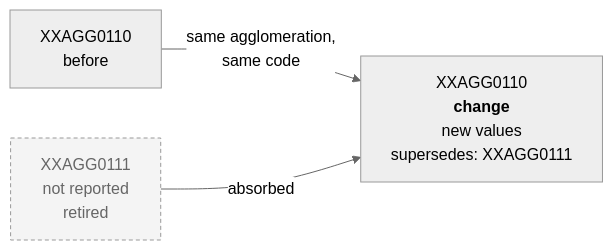
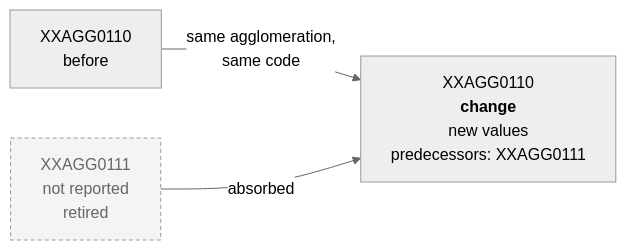
The diagram in docs/rUWWTD2024/SpatialPoints/mmd/SpatialPoints_Example_Absorption.mmd (eeadata/WISE.UWWTD.Documentation), drawn with Mermaid before and after one commit. The commit also changed 11 other files, not shown here.

First line of the commit message:
Align the spatial points tables with the geospatial schema and WISE

```diff
--- a/docs/rUWWTD2024/SpatialPoints/mmd/SpatialPoints_Example_Absorption.mmd
+++ b/docs/rUWWTD2024/SpatialPoints/mmd/SpatialPoints_Example_Absorption.mmd
@@ -1,12 +1,12 @@
 ---
 config:
   theme: neutral
   flowchart:
     useMaxWidth: false
 ---
 flowchart LR
-  S0["XXAGG0110<br/>before"] -- "same agglomeration,<br/>same code" --> S["XXAGG0110<br/><b>change</b><br/>new values<br/>supersedes: XXAGG0111"]
+  S0["XXAGG0110<br/>before"] -- "same agglomeration,<br/>same code" --> S["XXAGG0110<br/><b>change</b><br/>new values<br/>predecessors: XXAGG0111"]
   A["XXAGG0111<br/>not reported<br/>retired"] -- "absorbed" --> S
 
   classDef retired fill:#f4f4f4,stroke:#999,stroke-dasharray:4 3,color:#666;
   class A retired;
```
